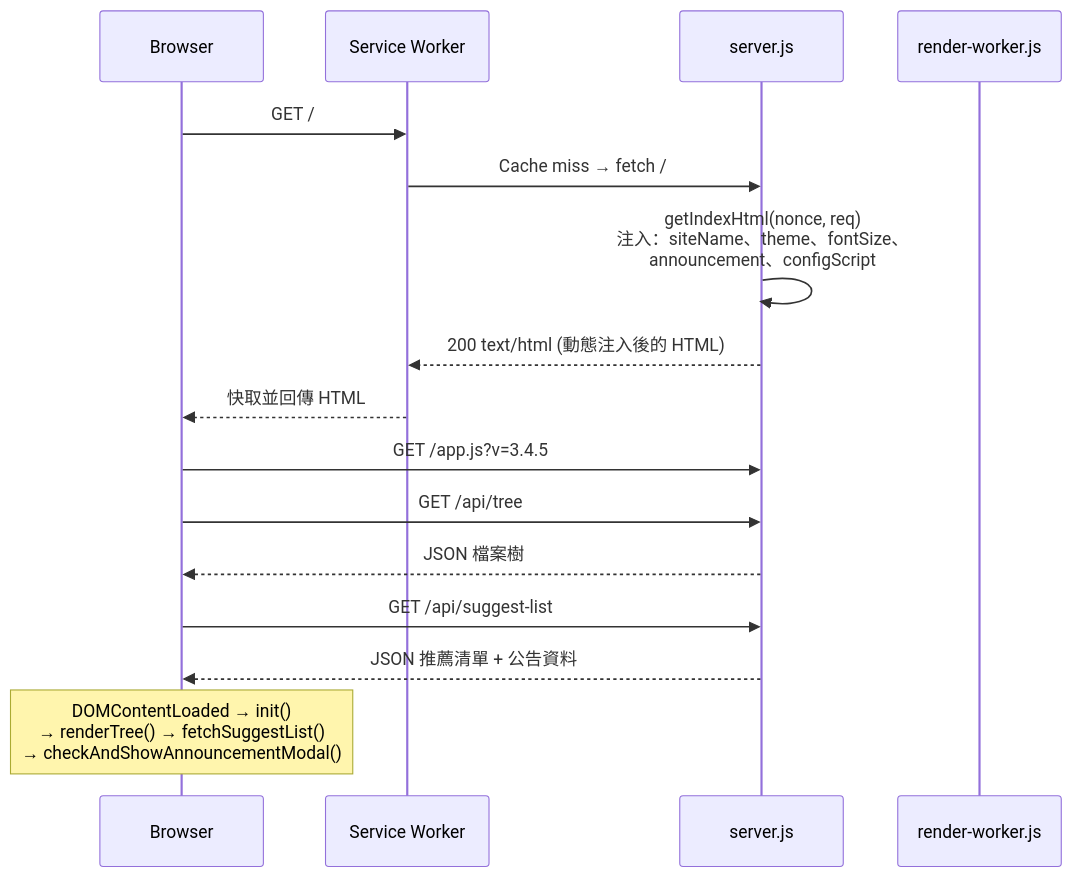
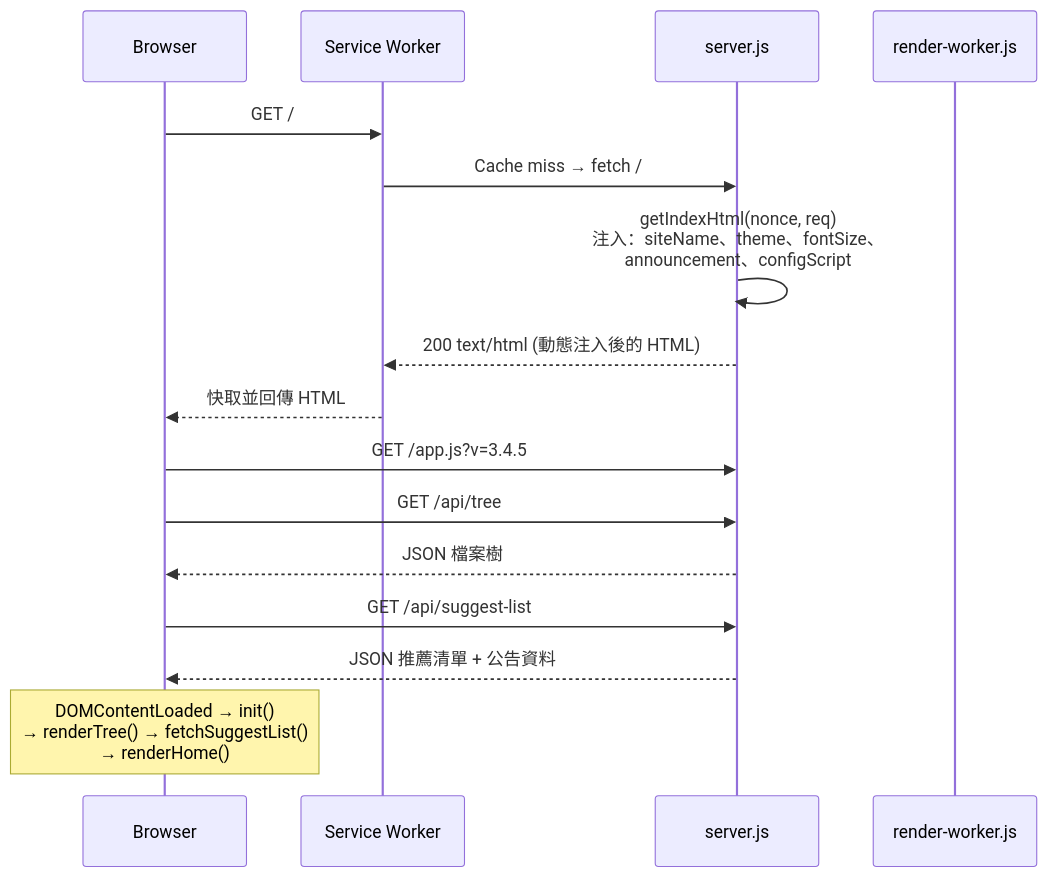
Before and after one commit to jmedzen/mdWebview: the fourth of 12 diagrams in ARCHITECTURE.md, drawn with Mermaid. The commit also changed other lines of this file and 13 other files, not shown here.

````diff
--- a/ARCHITECTURE.md
+++ b/ARCHITECTURE.md
@@ -166,19 +166,19 @@
 ```mermaid
 sequenceDiagram
     participant B as Browser
     participant SW as Service Worker
     participant S as server.js
     participant W as render-worker.js
 
     B->>SW: GET /
     SW->>S: Cache miss → fetch /
     S->>S: getIndexHtml(nonce, req)<br/>注入：siteName、theme、fontSize、<br/>announcement、configScript
     S-->>SW: 200 text/html (動態注入後的 HTML)
     SW-->>B: 快取並回傳 HTML
     B->>S: GET /app.js?v=3.4.5
     B->>S: GET /api/tree
     S-->>B: JSON 檔案樹
     B->>S: GET /api/suggest-list
     S-->>B: JSON 推薦清單 + 公告資料
-    Note over B: DOMContentLoaded → init()<br/>→ renderTree() → fetchSuggestList()<br/>→ checkAndShowAnnouncementModal()
+    Note over B: DOMContentLoaded → init()<br/>→ renderTree() → fetchSuggestList()<br/>→ renderHome()
 ```
````
